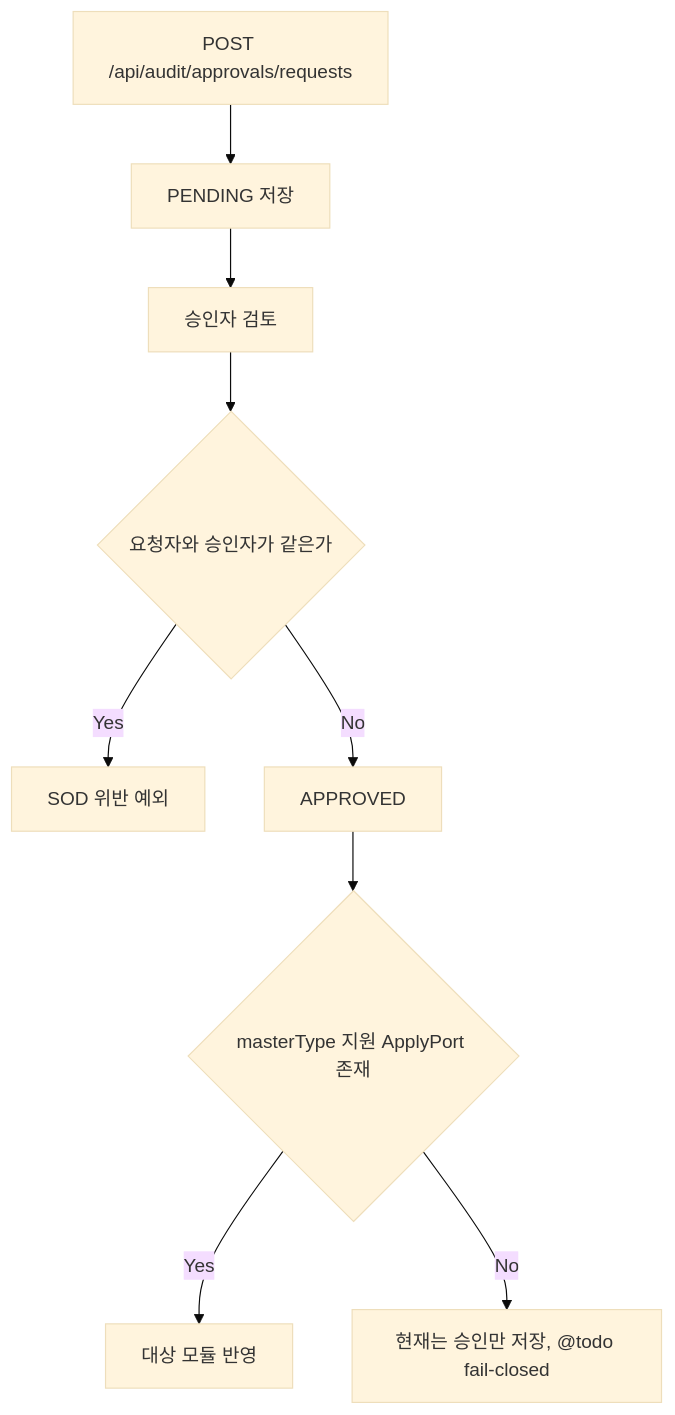
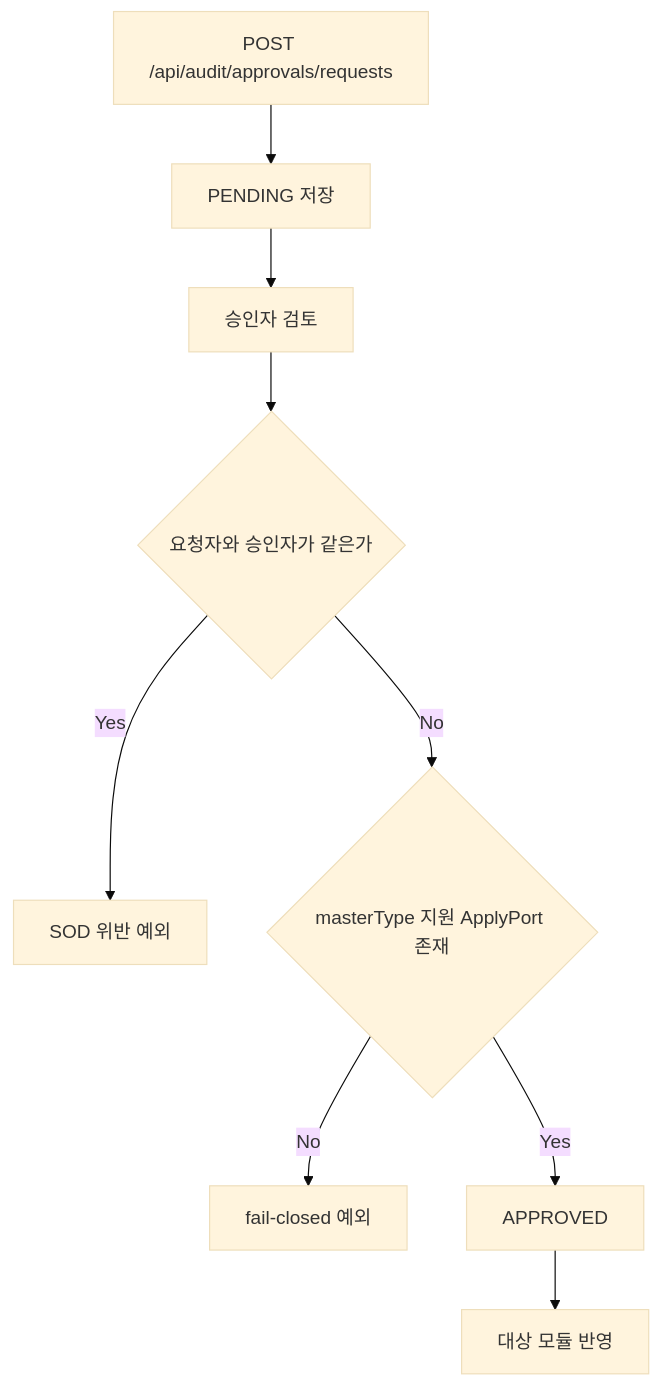
Before and after one commit to skyg547/account: the second of 3 diagrams in governance/docs/process-flow.md, drawn with Mermaid (base theme). The commit also changed other lines of this file and 395 other files, not shown here.

````diff
--- a/governance/docs/process-flow.md
+++ b/governance/docs/process-flow.md
@@ -24,11 +24,11 @@
 ```mermaid
 flowchart TD
     A[POST /api/audit/approvals/requests] --> B[PENDING 저장]
     B --> C[승인자 검토]
     C --> D{요청자와 승인자가 같은가}
     D -->|Yes| E[SOD 위반 예외]
-    D -->|No| F[APPROVED]
-    F --> G{masterType 지원 ApplyPort 존재}
-    G -->|Yes| H[대상 모듈 반영]
-    G -->|No| I[현재는 승인만 저장, @todo fail-closed]
+    D -->|No| F{masterType 지원 ApplyPort 존재}
+    F -->|No| G[fail-closed 예외]
+    F -->|Yes| H[APPROVED]
+    H --> I[대상 모듈 반영]
 ```
````
